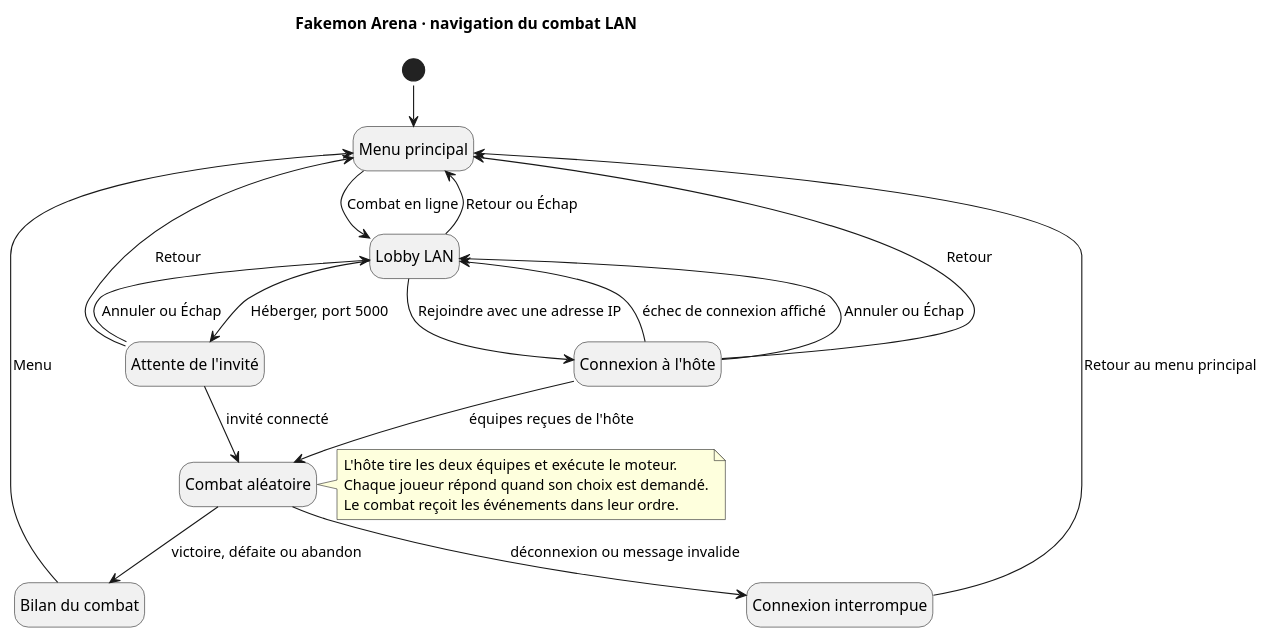
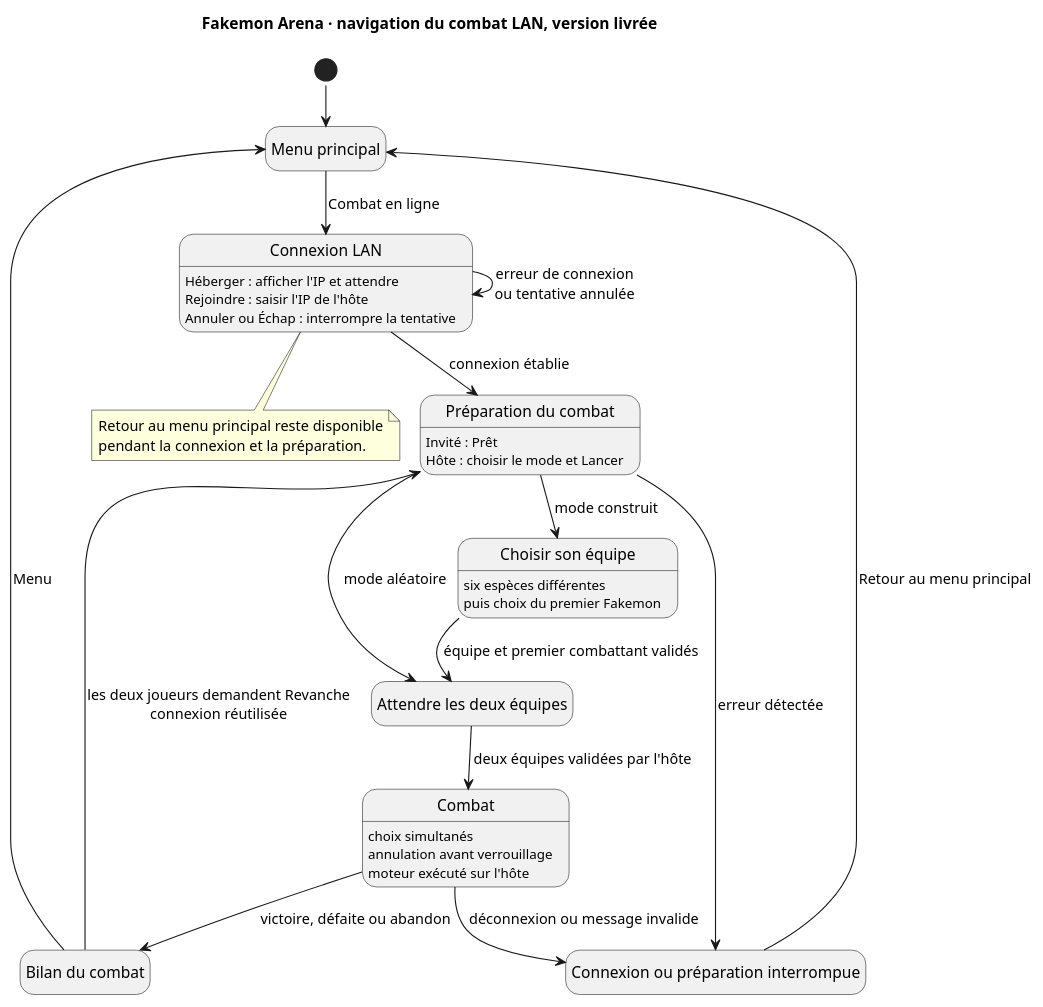
One commit to OnerAliCan/fakemon-arena changed the diagram in docs/uml/combat-en-ligne.puml. Above: the diagram before and after it, drawn with PlantUML. The commit also changed 22 other files, not shown here.

First line of the commit message:
docs: actualise le guide du jeu et les parcours UML (#30) (#78)

```diff
--- a/docs/uml/combat-en-ligne.puml
+++ b/docs/uml/combat-en-ligne.puml
@@ -1,37 +1,37 @@
 @startuml combat-en-ligne
 !pragma layout smetana
+top to bottom direction
 skinparam defaultFontName "Segoe UI"
 hide empty description
-title Fakemon Arena · navigation du combat LAN
+
+title Fakemon Arena · navigation du combat LAN, version livrée
 
 state "Menu principal" as Menu
-state "Lobby LAN" as Lobby
-state "Attente de l'invité" as Waiting
-state "Connexion à l'hôte" as Joining
-state "Combat aléatoire" as Battle
+state "Connexion LAN" as Lobby : Héberger : afficher l'IP et attendre\nRejoindre : saisir l'IP de l'hôte\nAnnuler ou Échap : interrompre la tentative
+state "Préparation du combat" as Preparation : Invité : Prêt\nHôte : choisir le mode et Lancer
+state "Choisir son équipe" as Selection : six espèces différentes\npuis choix du premier Fakemon
+state "Attendre les deux équipes" as TeamsReady
+state "Combat" as Battle : choix simultanés\nannulation avant verrouillage\nmoteur exécuté sur l'hôte
 state "Bilan du combat" as Result
-state "Connexion interrompue" as Error
+state "Connexion ou préparation interrompue" as Error
 
 [*] --> Menu
 Menu --> Lobby : Combat en ligne
-Lobby --> Waiting : Héberger, port 5000
-Lobby --> Joining : Rejoindre avec une adresse IP
-Joining --> Lobby : échec de connexion affiché
-Waiting --> Lobby : Annuler ou Échap
-Joining --> Lobby : Annuler ou Échap
-Lobby --> Menu : Retour ou Échap
-Waiting --> Menu : Retour
-Joining --> Menu : Retour
-Waiting --> Battle : invité connecté
-Joining --> Battle : équipes reçues de l'hôte
+Lobby --> Lobby : erreur de connexion\nou tentative annulée
+Lobby --> Preparation : connexion établie
+Preparation --> TeamsReady : mode aléatoire
+Preparation --> Selection : mode construit
+Selection --> TeamsReady : équipe et premier combattant validés
+TeamsReady --> Battle : deux équipes validées par l'hôte
+Preparation --> Error : erreur détectée
 Battle --> Result : victoire, défaite ou abandon
 Battle --> Error : déconnexion ou message invalide
 Error --> Menu : Retour au menu principal
 Result --> Menu : Menu
+Result --> Preparation : les deux joueurs demandent Revanche\nconnexion réutilisée
 
-note right of Battle
-  L'hôte tire les deux équipes et exécute le moteur.
-  Chaque joueur répond quand son choix est demandé.
-  Le combat reçoit les événements dans leur ordre.
+note bottom of Lobby
+  Retour au menu principal reste disponible
+  pendant la connexion et la préparation.
 end note
 @enduml
```
